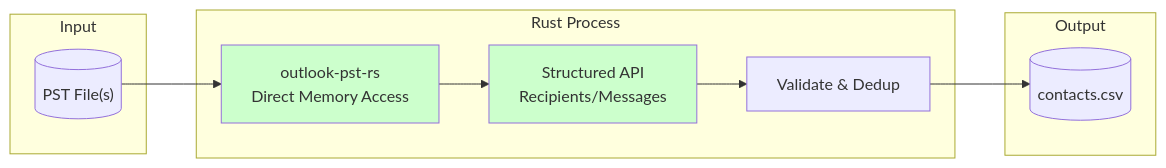
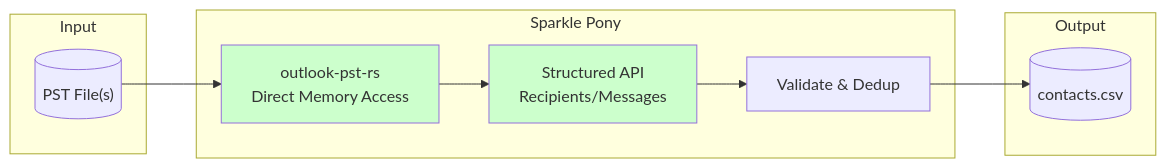
Before and after one commit to greysquirr3l/sparklepony: the second of 8 diagrams in docs/ARCHITECTURE.md, drawn with Mermaid. The commit also changed other lines of this file and 18 other files, not shown here.

````diff
--- a/docs/ARCHITECTURE.md
+++ b/docs/ARCHITECTURE.md
@@ -117,24 +50,24 @@
 ```mermaid
 flowchart LR
     subgraph Input
         A[("PST File(s)")]
     end
 
-    subgraph RustProcess["Rust Process"]
+    subgraph Process["Sparkle Pony"]
         B["outlook-pst-rs<br/>Direct Memory Access"]
         C["Structured API<br/>Recipients/Messages"]
         D["Validate & Dedup"]
     end
 
     subgraph Output
         E[("contacts.csv")]
     end
 
     A --> B
     B --> C
     C --> D
     D --> E
 
     style B fill:#ccffcc
     style C fill:#ccffcc
 ```
````
